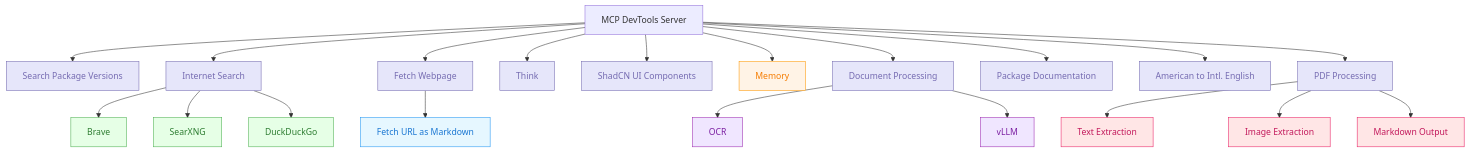
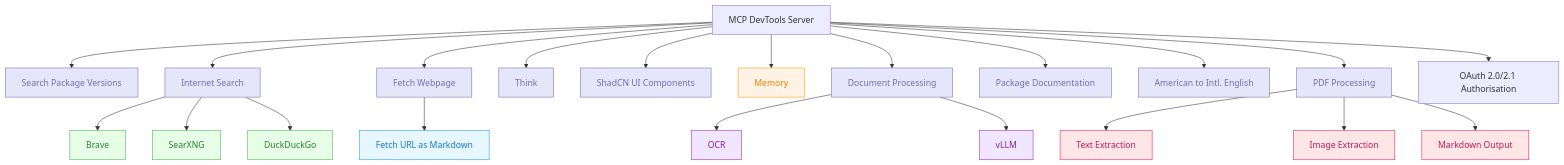
Before and after one commit to sammcj/mcp-devtools: the diagram in README.md, drawn with Mermaid.

Commit message:
minor updates

````diff
--- a/README.md
+++ b/README.md
@@ -7,44 +7,45 @@
 ```mermaid
 graph TD
     A[MCP DevTools Server] --> B[Search Package Versions]
     A --> C[Internet Search]
     A --> D[Fetch Webpage]
     A --> E[Think]
     A --> F[ShadCN UI Components]
     A --> G[Memory]
     A --> H[Document Processing]
     A --> I[Package Documentation]
     A --> J[American to Intl. English]
     A --> K[PDF Processing]
+    A --> L[OAuth 2.0/2.1 Authorisation]
 
     C --> C1[Brave]
     C --> C2[SearXNG]
     C --> C3[DuckDuckGo]
 
     D --> D1[Fetch URL as Markdown]
 
     H --> H5[OCR]
     H --> H6[vLLM]
 
     K --> K1[Text Extraction]
     K --> K2[Image Extraction]
     K --> K3[Markdown Output]
 
     classDef toolCategory fill:#E6E6FA,stroke:#756BB1,color:#756BB1
     classDef tool fill:#EFF3FF,stroke:#9ECAE1,color:#3182BD
     classDef searchTool fill:#E6FFE6,stroke:#4CAF50,color:#2E7D32
     classDef memoryTool fill:#FFF3E6,stroke:#FF9800,color:#F57C00
     classDef webTool fill:#E6F7FF,stroke:#2196F3,color:#1976D2
     classDef docTool fill:#F0E6FF,stroke:#9C27B0,color:#7B1FA2
     classDef packageTool fill:#FFF0E6,stroke:#FF6B35,color:#D84315
     classDef pdfTool fill:#FFE6E6,stroke:#E91E63,color:#C2185B
 
     class B,C,D,E,F,H,I,J,K toolCategory
     class B1,B2,E1,F1 tool
     class B1,C1,C2,C3 searchTool
     class G memoryTool
     class D1 webTool
     class H1,H2,H3,H4,H5,H6 docTool
     class I1,I2 packageTool
     class K1,K2,K3 pdfTool
 ```
````
